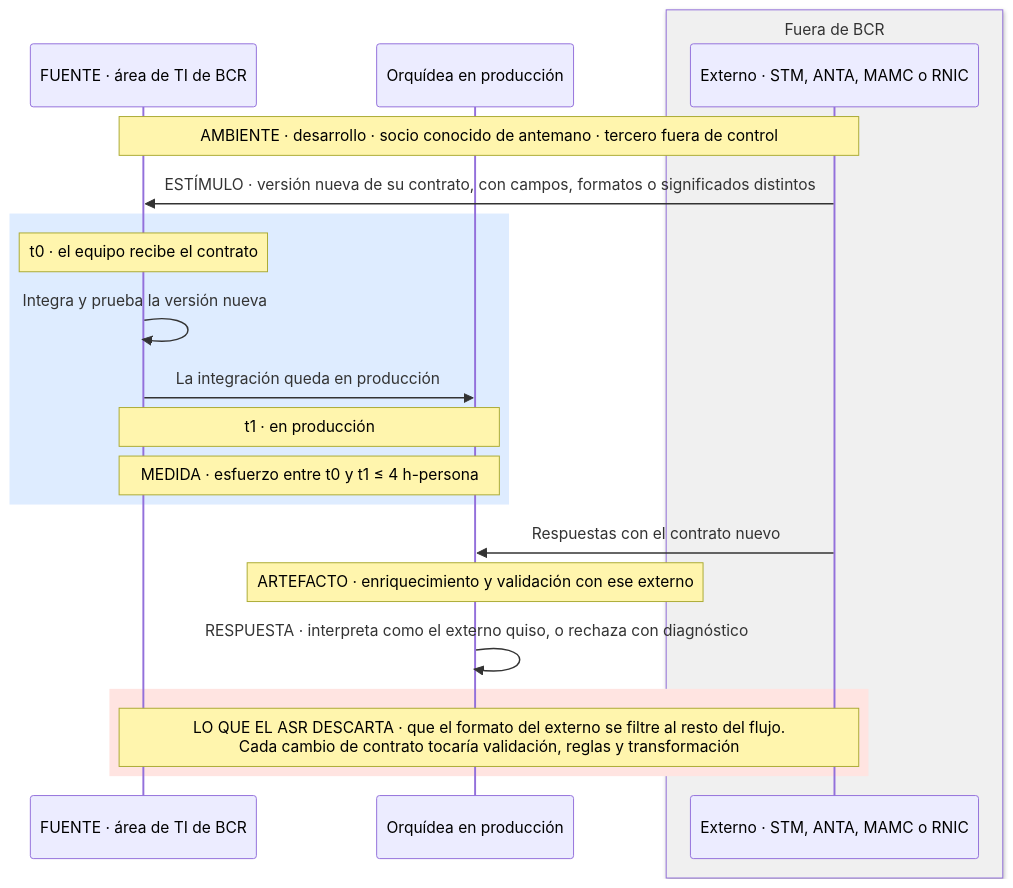
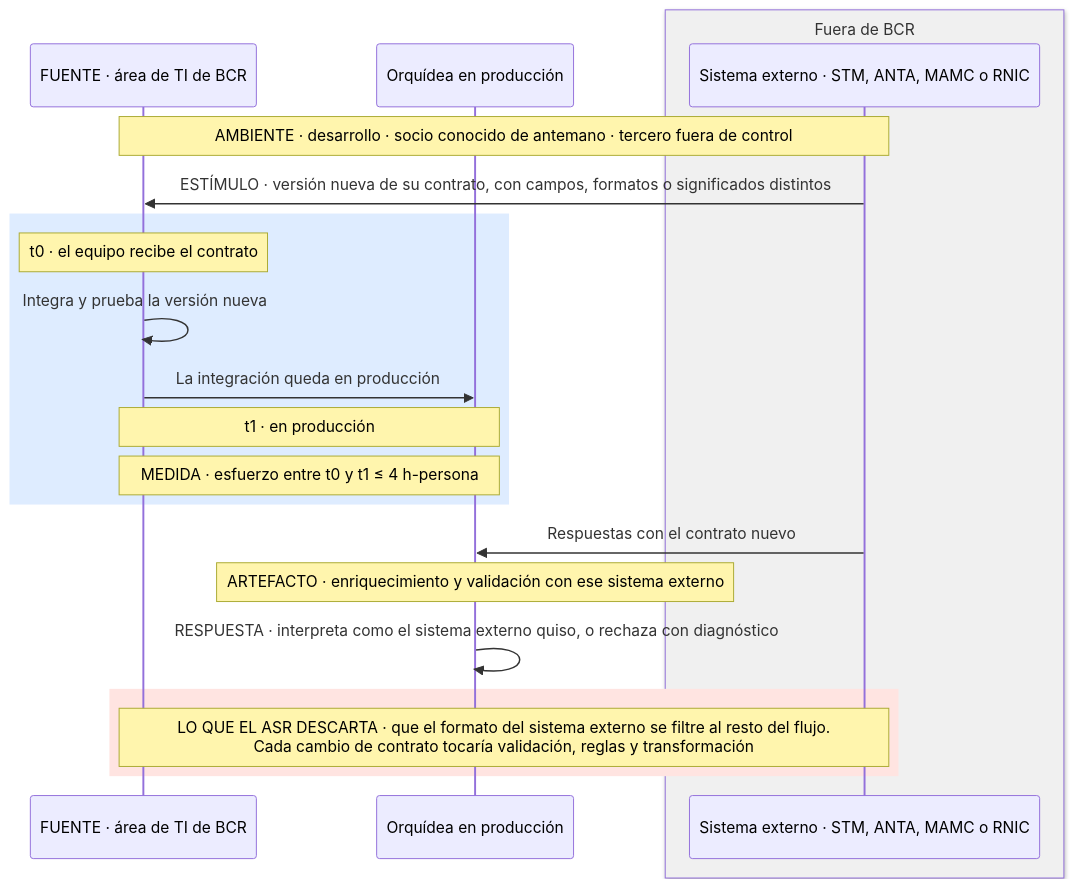
One commit to MATI-MBIT/arqsoft-reto-4 changed the seventh of 17 diagrams in docs/quality-attributes.md. Above: the diagram before and after it, drawn with Mermaid. The commit also changed other lines of this file, not shown here.

Commit message:
Ajusta la terminología de los ASR al vocabulario de arquitectura

````diff
--- a/docs/quality-attributes.md
+++ b/docs/quality-attributes.md
@@ -374,23 +374,23 @@
 ```mermaid
 sequenceDiagram
     participant T as FUENTE · área de TI de BCR
     participant O as Orquídea en producción
     box rgb(240,240,240) Fuera de BCR
-    participant N as Externo · STM, ANTA, MAMC o RNIC
+    participant N as Sistema externo · STM, ANTA, MAMC o RNIC
     end
     Note over T,N: AMBIENTE · desarrollo · socio conocido de antemano · tercero fuera de control
     N->>T: ESTÍMULO · versión nueva de su contrato, con campos, formatos o significados distintos
     rect rgb(222, 236, 255)
     Note over T: t0 · el equipo recibe el contrato
     T->>T: Integra y prueba la versión nueva
     T->>O: La integración queda en producción
     Note over T,O: t1 · en producción
     Note over T,O: MEDIDA · esfuerzo entre t0 y t1 ≤ 4 h-persona
     end
     N->>O: Respuestas con el contrato nuevo
-    Note over O: ARTEFACTO · enriquecimiento y validación con ese externo
-    O->>O: RESPUESTA · interpreta como el externo quiso, o rechaza con diagnóstico
+    Note over O: ARTEFACTO · enriquecimiento y validación con ese sistema externo
+    O->>O: RESPUESTA · interpreta como el sistema externo quiso, o rechaza con diagnóstico
     rect rgb(255, 228, 225)
-    Note over T,N: LO QUE EL ASR DESCARTA · que el formato del externo se filtre al resto del flujo.<br/>Cada cambio de contrato tocaría validación, reglas y transformación
+    Note over T,N: LO QUE EL ASR DESCARTA · que el formato del sistema externo se filtre al resto del flujo.<br/>Cada cambio de contrato tocaría validación, reglas y transformación
     end
 ```
````
